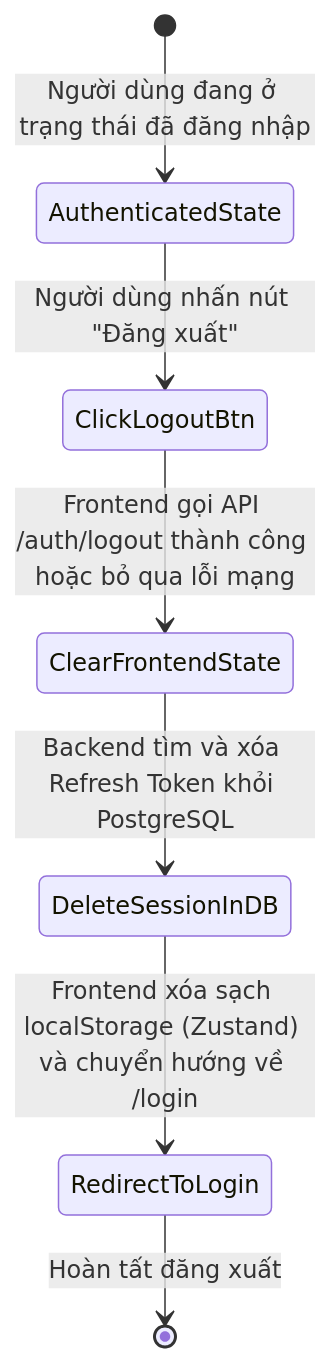
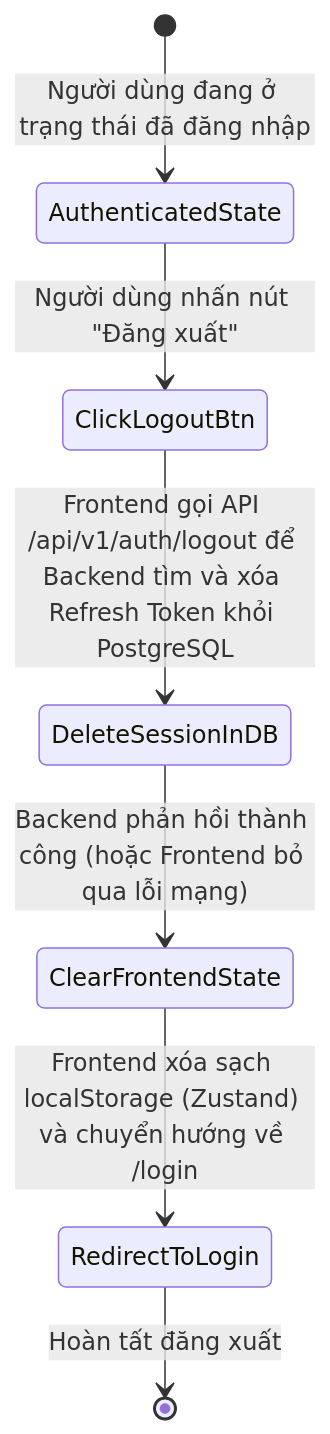
One commit to Alumnect/Alumnect changed the first of 3 diagrams in docs/update_SRS/SRS_UC_04_Logout.md. Above: the diagram before and after it, drawn with Mermaid.

Commit message:
doc(SRS): cap nhat dung thu tu luong dang xuat trong so do trang thai

````diff
--- a/docs/update_SRS/SRS_UC_04_Logout.md
+++ b/docs/update_SRS/SRS_UC_04_Logout.md
@@ -7,9 +7,9 @@
 ```mermaid
 stateDiagram-v2
     [*] --> AuthenticatedState : Người dùng đang ở trạng thái đã đăng nhập
     AuthenticatedState --> ClickLogoutBtn : Người dùng nhấn nút "Đăng xuất"
-    ClickLogoutBtn --> ClearFrontendState : Frontend gọi API /auth/logout thành công hoặc bỏ qua lỗi mạng
-    ClearFrontendState --> DeleteSessionInDB : Backend tìm và xóa Refresh Token khỏi PostgreSQL
-    DeleteSessionInDB --> RedirectToLogin : Frontend xóa sạch localStorage (Zustand) và chuyển hướng về /login
+    ClickLogoutBtn --> DeleteSessionInDB : Frontend gọi API /api/v1/auth/logout để Backend tìm và xóa Refresh Token khỏi PostgreSQL
+    DeleteSessionInDB --> ClearFrontendState : Backend phản hồi thành công (hoặc Frontend bỏ qua lỗi mạng)
+    ClearFrontendState --> RedirectToLogin : Frontend xóa sạch localStorage (Zustand) và chuyển hướng về /login
     RedirectToLogin --> [*] : Hoàn tất đăng xuất
 ```
````
